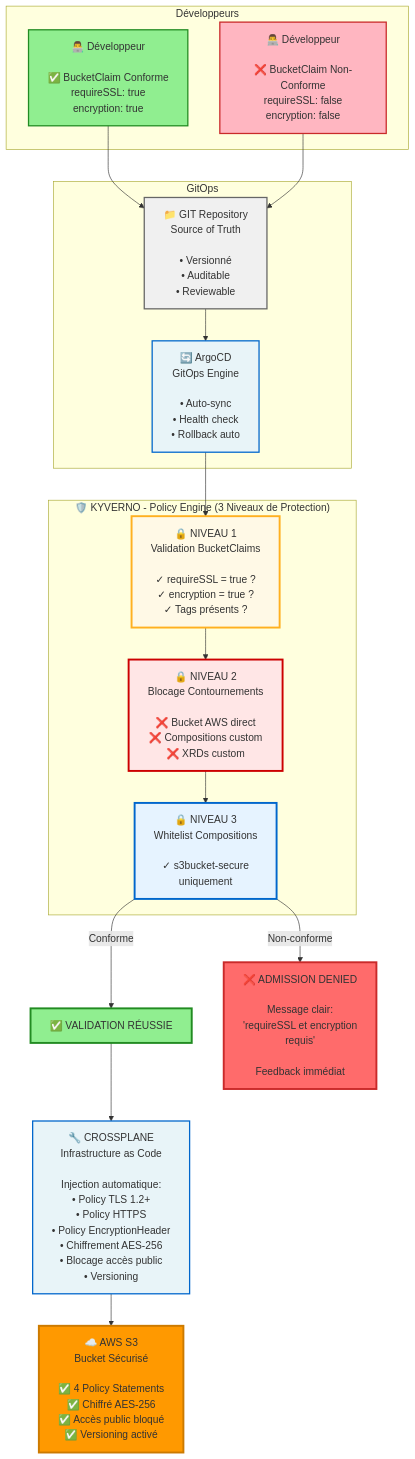
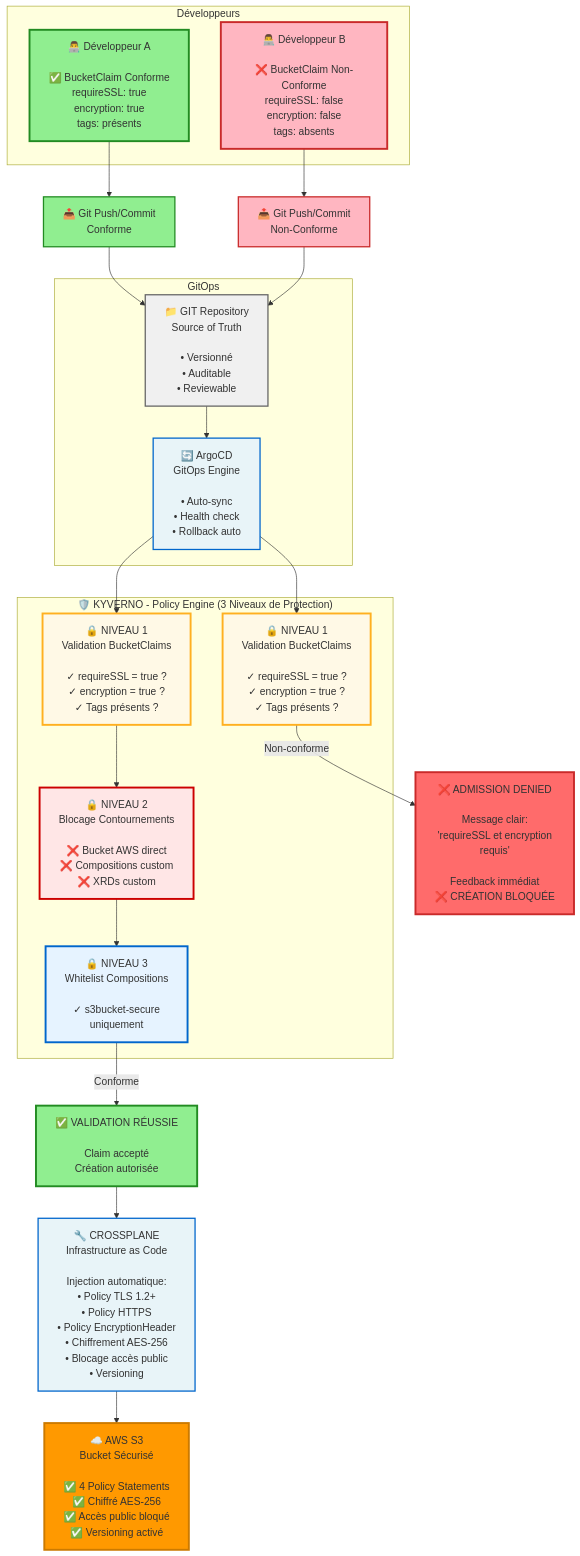
The diagram in README.md (Haliltarik/argocd-crossplane-kyverno), drawn with Mermaid before and after one commit. The commit also changed other lines of this file, not shown here.

Commit message:
Update README with detailed developer flow and validation

````diff
--- a/README.md
+++ b/README.md
@@ -9,50 +8,63 @@
 ```mermaid
 graph TB
     subgraph Développeurs
-        DEV1["👨‍💻 Développeur<br/><br/>✅ BucketClaim Conforme<br/>requireSSL: true<br/>encryption: true"]
-        DEV2["👨‍💻 Développeur<br/><br/>❌ BucketClaim Non-Conforme<br/>requireSSL: false<br/>encryption: false"]
+        DEV1["👨‍💻 Développeur A<br/><br/>✅ BucketClaim Conforme<br/>requireSSL: true<br/>encryption: true<br/>tags: présents"]
+        DEV2["👨‍💻 Développeur B<br/><br/>❌ BucketClaim Non-Conforme<br/>requireSSL: false<br/>encryption: false<br/>tags: absents"]
     end
+    
+    PUSH1["📤 Git Push/Commit<br/>Conforme"]
+    PUSH2["📤 Git Push/Commit<br/>Non-Conforme"]
     
     subgraph GitOps
         GIT["📁 GIT Repository<br/>Source of Truth<br/><br/>• Versionné<br/>• Auditable<br/>• Reviewable"]
         ARGOCD["🔄 ArgoCD<br/>GitOps Engine<br/><br/>• Auto-sync<br/>• Health check<br/>• Rollback auto"]
     end
     
     subgraph "🛡️ KYVERNO - Policy Engine (3 Niveaux de Protection)"
-        VALIDATION["🔒 NIVEAU 1<br/>Validation BucketClaims<br/><br/>✓ requireSSL = true ?<br/>✓ encryption = true ?<br/>✓ Tags présents ?"]
+        VALIDATION1["🔒 NIVEAU 1<br/>Validation BucketClaims<br/><br/>✓ requireSSL = true ?<br/>✓ encryption = true ?<br/>✓ Tags présents ?"]
+        VALIDATION2["🔒 NIVEAU 1<br/>Validation BucketClaims<br/><br/>✓ requireSSL = true ?<br/>✓ encryption = true ?<br/>✓ Tags présents ?"]
+        
         BLOCAGE["🔒 NIVEAU 2<br/>Blocage Contournements<br/><br/>❌ Bucket AWS direct<br/>❌ Compositions custom<br/>❌ XRDs custom"]
+        
         WHITELIST["🔒 NIVEAU 3<br/>Whitelist Compositions<br/><br/>✓ s3bucket-secure<br/>uniquement"]
     end
     
-    OK["✅ VALIDATION RÉUSSIE"]
-    DENIED["❌ ADMISSION DENIED<br/><br/>Message clair:<br/>'requireSSL et encryption<br/>requis'<br/><br/>Feedback immédiat"]
+    OK["✅ VALIDATION RÉUSSIE<br/><br/>Claim accepté<br/>Création autorisée"]
+    DENIED["❌ ADMISSION DENIED<br/><br/>Message clair:<br/>'requireSSL et encryption<br/>requis'<br/><br/>Feedback immédiat<br/>❌ CRÉATION BLOQUÉE"]
     
     CROSSPLANE["🔧 CROSSPLANE<br/>Infrastructure as Code<br/><br/>Injection automatique:<br/>• Policy TLS 1.2+<br/>• Policy HTTPS<br/>• Policy EncryptionHeader<br/>• Chiffrement AES-256<br/>• Blocage accès public<br/>• Versioning"]
     
     AWS["☁️ AWS S3<br/>Bucket Sécurisé<br/><br/>✅ 4 Policy Statements<br/>✅ Chiffré AES-256<br/>✅ Accès public bloqué<br/>✅ Versioning activé"]
     
-    DEV1 --> GIT
-    DEV2 --> GIT
+    %% Flux Conforme (Développeur A)
+    DEV1 --> PUSH1
+    PUSH1 --> GIT
     GIT --> ARGOCD
-    ARGOCD --> VALIDATION
-    VALIDATION --> BLOCAGE
+    ARGOCD --> VALIDATION1
+    VALIDATION1 --> BLOCAGE
     BLOCAGE --> WHITELIST
-    
     WHITELIST -->|Conforme| OK
-    WHITELIST -->|Non-conforme| DENIED
-    
     OK --> CROSSPLANE
     CROSSPLANE --> AWS
     
-    style DEV1 fill:#90EE90,stroke:#228B22,stroke-width:2px
-    style DEV2 fill:#FFB6C1,stroke:#C92A2A,stroke-width:2px
+    %% Flux Non-Conforme (Développeur B)
+    DEV2 --> PUSH2
+    PUSH2 --> GIT
+    ARGOCD --> VALIDATION2
+    VALIDATION2 -->|Non-conforme| DENIED
+    
+    style DEV1 fill:#90EE90,stroke:#228B22,stroke-width:3px
+    style DEV2 fill:#FFB6C1,stroke:#C92A2A,stroke-width:3px
+    style PUSH1 fill:#90EE90,stroke:#228B22,stroke-width:2px
+    style PUSH2 fill:#FFB6C1,stroke:#C92A2A,stroke-width:2px
     style GIT fill:#F0F0F0,stroke:#666,stroke-width:2px
     style ARGOCD fill:#E8F4F8,stroke:#0066CC,stroke-width:2px
-    style VALIDATION fill:#FFF9E6,stroke:#FFB020,stroke-width:3px
+    style VALIDATION1 fill:#FFF9E6,stroke:#FFB020,stroke-width:3px
+    style VALIDATION2 fill:#FFF9E6,stroke:#FFB020,stroke-width:3px
     style BLOCAGE fill:#FFE6E6,stroke:#CC0000,stroke-width:3px
     style WHITELIST fill:#E6F3FF,stroke:#0066CC,stroke-width:3px
     style OK fill:#90EE90,stroke:#228B22,stroke-width:3px
     style DENIED fill:#FF6B6B,stroke:#C92A2A,stroke-width:3px
     style CROSSPLANE fill:#E8F4F8,stroke:#0066CC,stroke-width:2px
     style AWS fill:#FF9900,stroke:#CC7A00,stroke-width:3px
 ```
````
